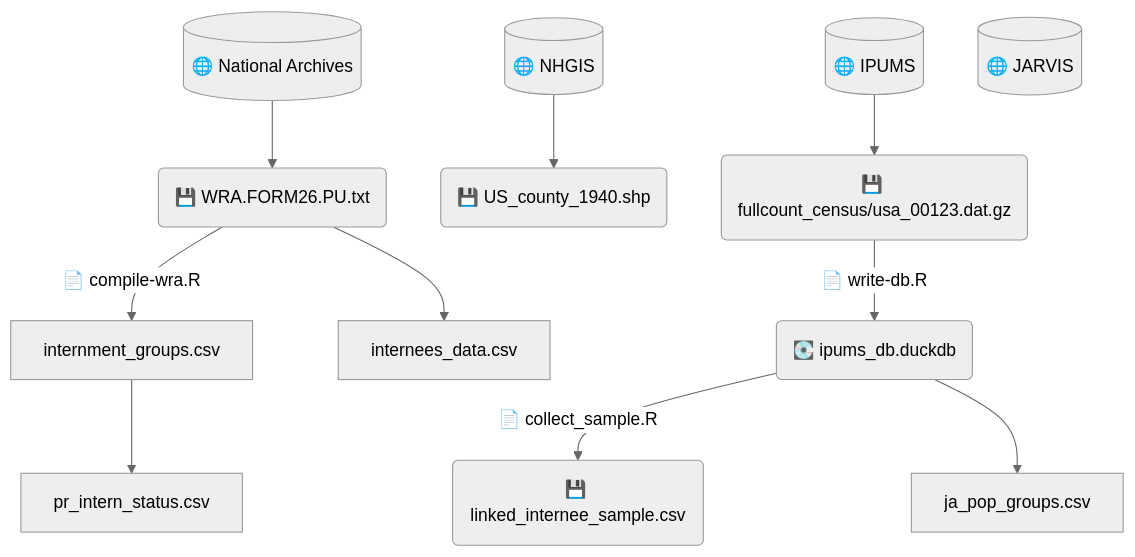
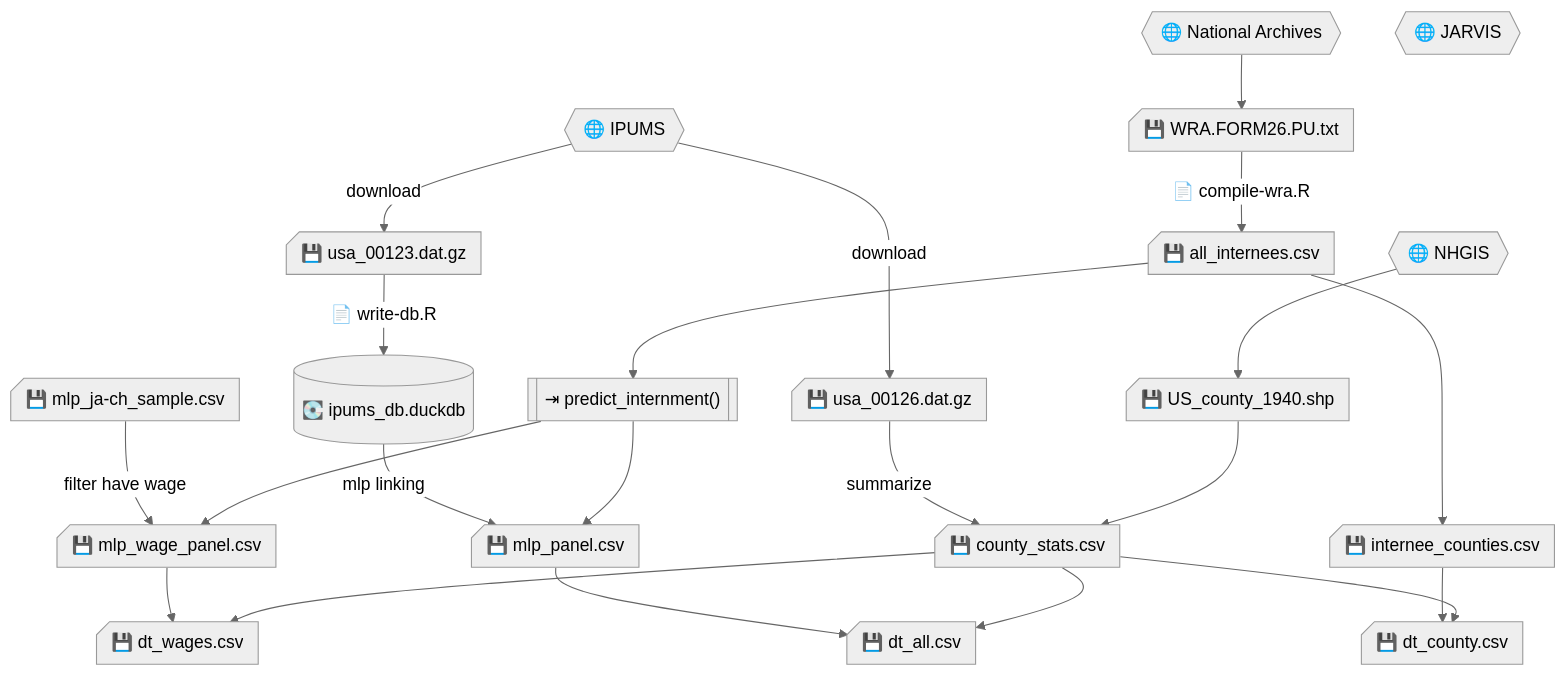
The diagram in data.org (dyasui/internee_outcomes), drawn with Mermaid (neutral theme) before and after one commit. The commit also changed other lines of this file and 2 other files, not shown here.

Commit message:
added new fullcount census data for county-level summaries

```diff
--- a/data.org
+++ b/data.org
@@ -4,25 +4,44 @@
 #+begin_src mermaid :file data-plan.svg
 flowchart TD
 %% Data sources
-    nara[(🌐 National Archives)];
-    ipums[(🌐 IPUMS)];
-    nhgis[(🌐 NHGIS)];
-    jarvis[(🌐 JARVIS)];
-%% data files 
-    ipumsdat(💾 fullcount_census/usa_00123.dat.gz);
-    shp(💾 US_county_1940.shp);
-    wra(💾 WRA.FORM26.PU.txt);
-    lis(💾 linked_internee_sample.csv);
+    nara@{ shape: hex, label: "🌐 National Archives"};
+    ipums@{ shape: hex, label: "🌐 IPUMS"};
+    nhgis@{ shape: hex, label: "🌐 NHGIS"};
+    jarvis@{ shape: hex, label: "🌐 JARVIS"};
 
-%% output files
-    duckdb(💽 ipums_db.duckdb);
+%% raw data files 
+    ipumsdat@{ shape: card, label: "💾 usa_00123.dat.gz"};
+    fullct@{ shape: card, label: "💾 usa_00126.dat.gz"};
+    shp@{ shape: card, label: "💾 US_county_1940.shp"};
+    wra@{ shape: card, label: "💾 WRA.FORM26.PU.txt"};
+
+%% intermediate data files
+    duckdb@{ shape: cyl, label: "💽 ipums_db.duckdb"};
+    mlp@{ shape: card, label: "💾 mlp_ja-ch_sample.csv"};
+    panel@{ shape: card, label: "💾 mlp_panel.csv"};
+    wage@{ shape: card, label: "💾 mlp_wage_panel.csv"};
+    internees@{ shape: card, label: "💾 all_internees.csv"};
+    counties@{ shape: card, label: "💾 county_stats.csv"};
+    icounties@{ shape: card, label: "💾 internee_counties.csv"};
+
+%% functions
+    pr_int@{ shape: subproc, label: "⇥ predict_internment()"};
+
+%% main analysis datasets
+    m1@{ shape: card, label: "💾 dt_wages.csv"};
+    m2@{ shape: card, label: "💾 dt_all.csv"};
+    c1@{ shape: card, label: "💾 dt_county.csv"};
 
 %% create edges
-    ipums --> ipumsdat;
-    ipumsdat --📄 write-db.R--> duckdb;
-    duckdb --📄 collect_sample.R--> lis;
-    duckdb --> ja_pop_groups.csv;
-    nhgis --> shp;
-    nara --> wra --> internees_data.csv;
-    wra --📄 compile-wra.R--> internment_groups.csv --> pr_intern_status.csv;
+    ipums -- download --> ipumsdat & fullct;
+    fullct -- summarize --> counties;
+    ipumsdat --📄 write-db.R--> duckdb -- "mlp linking" --> panel;
+    mlp -- "filter have wage" --> wage;
+    pr_int --> wage;
+    nhgis --> shp --> counties;
+    nara --> wra --📄 compile-wra.R--> internees --> pr_int --> panel --> m2;
+    internees --> icounties --> c1;
+    wage --> m1;
+    counties --> m1 & m2;
+    counties --> c1;
 #+end_src
```
